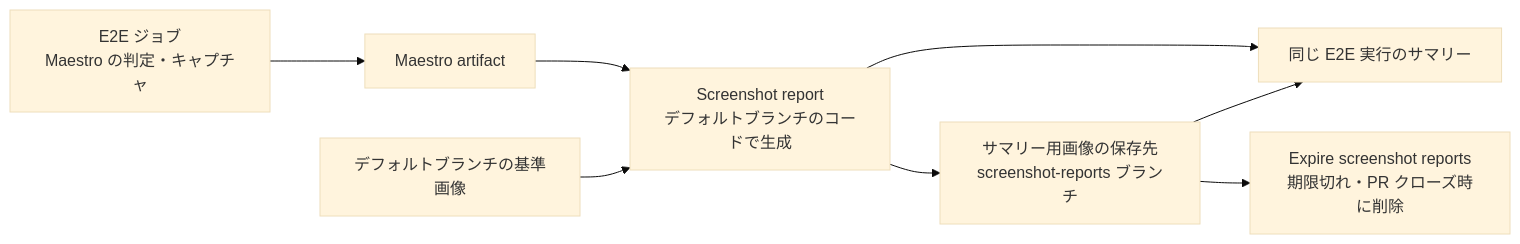
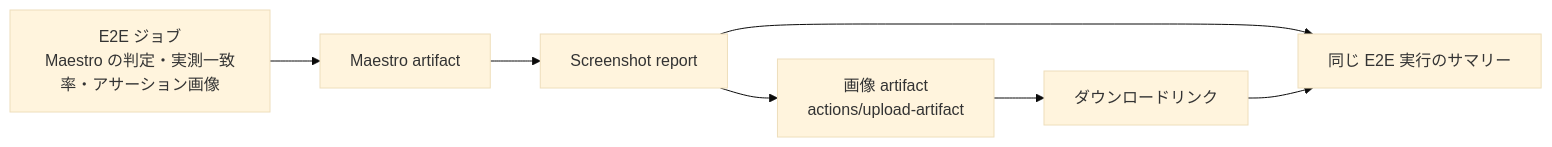
One commit to gkzz/maestro-playground changed the diagram in docs/github_actions.md. Above: the diagram before and after it, drawn with Mermaid (base theme). The commit also changed other lines of this file and 8 other files, not shown here.

First line of the commit message:
wip: migrate screenshot reports to Actions artifacts

````diff
--- a/docs/github_actions.md
+++ b/docs/github_actions.md
@@ -37,10 +39,8 @@
 ```mermaid
 flowchart LR
-    E2E["E2E ジョブ<br/>Maestro の判定・キャプチャ"] --> Artifact["Maestro artifact"]
-    Artifact --> Report["Screenshot report<br/>デフォルトブランチのコードで生成"]
-    Baseline["デフォルトブランチの基準画像"] --> Report
+    E2E["E2E ジョブ<br/>Maestro の判定・実測一致率・アサーション画像"] --> Artifact["Maestro artifact"]
+    Artifact --> Report["Screenshot report"]
+    Report --> Images["画像 artifact<br/>actions/upload-artifact"]
     Report --> Summary["同じ E2E 実行のサマリー"]
-    Report --> Branch["サマリー用画像の保存先<br/>screenshot-reports ブランチ"]
-    Branch --> Summary
-    Branch --> Expire["Expire screenshot reports<br/>期限切れ・PR クローズ時に削除"]
+    Images --> Link["ダウンロードリンク"] --> Summary
 ```
````
